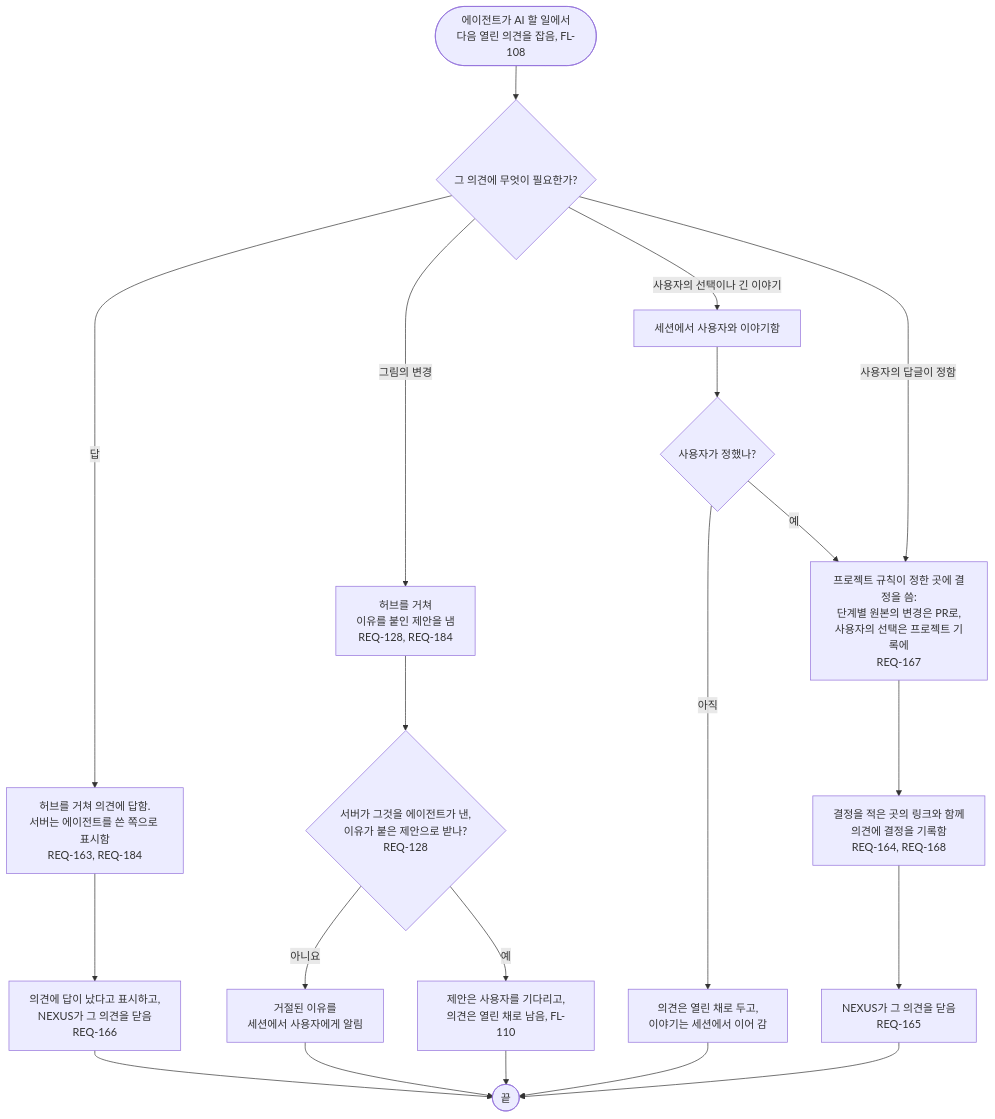
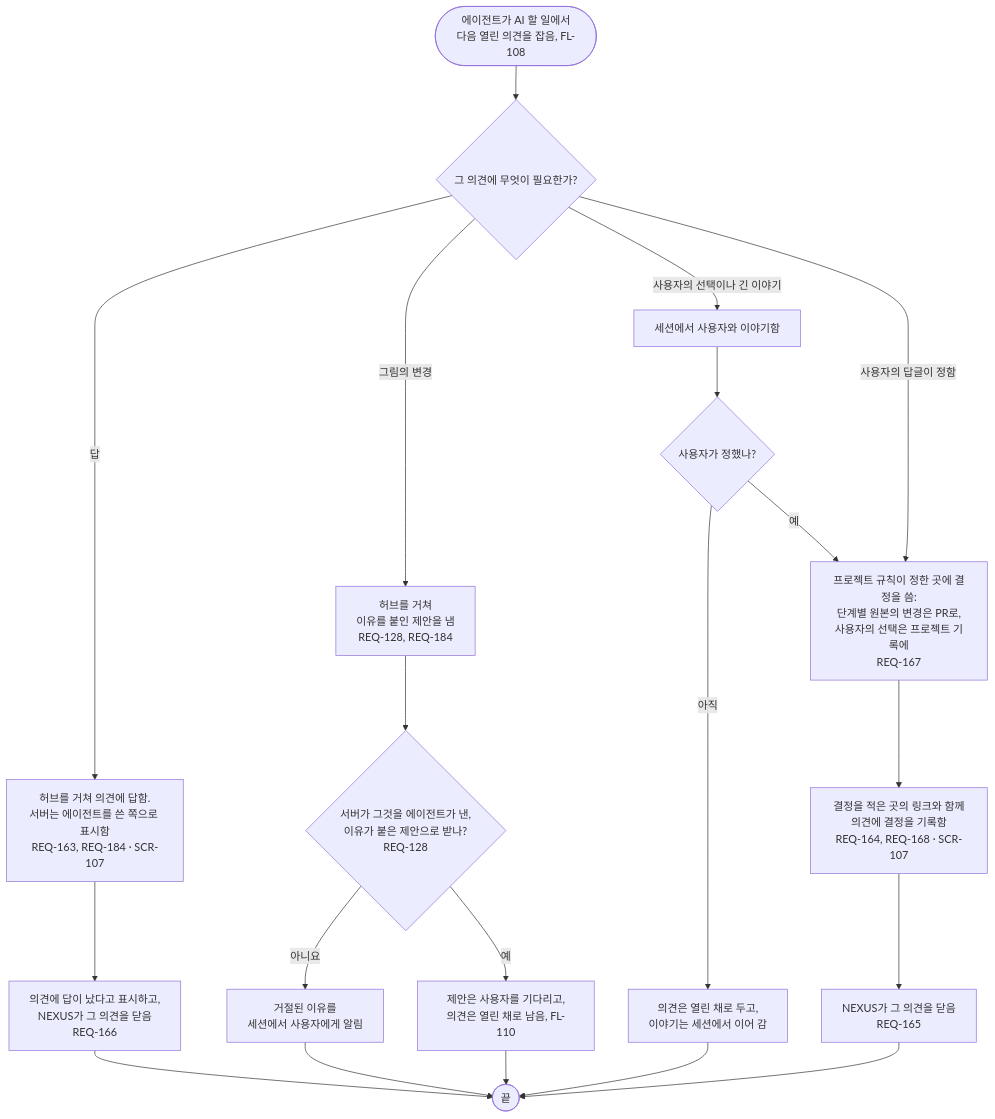
The diagram in docs/03-user-flow/nexus/FL-109-answer-a-comment.ko.md (kodonghui/corthex-nexus), drawn with Mermaid before and after one commit. The commit also changed 19 other files, not shown here.

````diff
--- a/docs/03-user-flow/nexus/FL-109-answer-a-comment.ko.md
+++ b/docs/03-user-flow/nexus/FL-109-answer-a-comment.ko.md
@@ -9,22 +9,22 @@
 ```mermaid
 flowchart TD
   A(["에이전트가 AI 할 일에서<br/>다음 열린 의견을 잡음, FL-108"]) --> B{"그 의견에 무엇이 필요한가?"}
-  B -->|답| C["허브를 거쳐 의견에 답함.<br/>서버는 에이전트를 쓴 쪽으로 표시함<br/>REQ-163, REQ-184"]
+  B -->|답| C["허브를 거쳐 의견에 답함.<br/>서버는 에이전트를 쓴 쪽으로 표시함<br/>REQ-163, REQ-184 · SCR-107"]
   C --> C1["의견에 답이 났다고 표시하고,<br/>NEXUS가 그 의견을 닫음<br/>REQ-166"]
   C1 --> Z(["끝"])
   B -->|그림의 변경| D["허브를 거쳐<br/>이유를 붙인 제안을 냄<br/>REQ-128, REQ-184"]
   D --> D1{"서버가 그것을 에이전트가 낸,<br/>이유가 붙은 제안으로 받나?<br/>REQ-128"}
   D1 -->|아니요| D2["거절된 이유를<br/>세션에서 사용자에게 알림"]
   D2 --> Z
   D1 -->|예| D3["제안은 사용자를 기다리고,<br/>의견은 열린 채로 남음, FL-110"]
   D3 --> Z
   B -->|사용자의 선택이나 긴 이야기| E["세션에서 사용자와 이야기함"]
   E --> F{"사용자가 정했나?"}
   F -->|아직| F1["의견은 열린 채로 두고,<br/>이야기는 세션에서 이어 감"]
   F1 --> Z
   B -->|사용자의 답글이 정함| G
   F -->|예| G["프로젝트 규칙이 정한 곳에 결정을 씀:<br/>단계별 원본의 변경은 PR로,<br/>사용자의 선택은 프로젝트 기록에<br/>REQ-167"]
-  G --> H["결정을 적은 곳의 링크와 함께<br/>의견에 결정을 기록함<br/>REQ-164, REQ-168"]
+  G --> H["결정을 적은 곳의 링크와 함께<br/>의견에 결정을 기록함<br/>REQ-164, REQ-168 · SCR-107"]
   H --> I["NEXUS가 그 의견을 닫음<br/>REQ-165"]
   I --> Z
 ```
````
